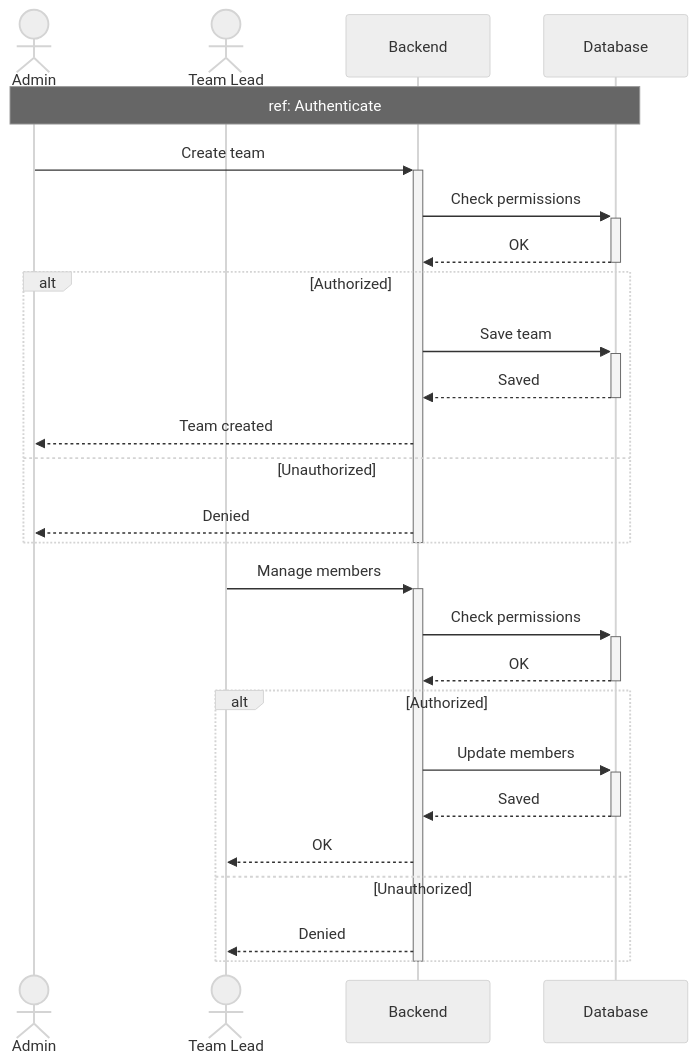
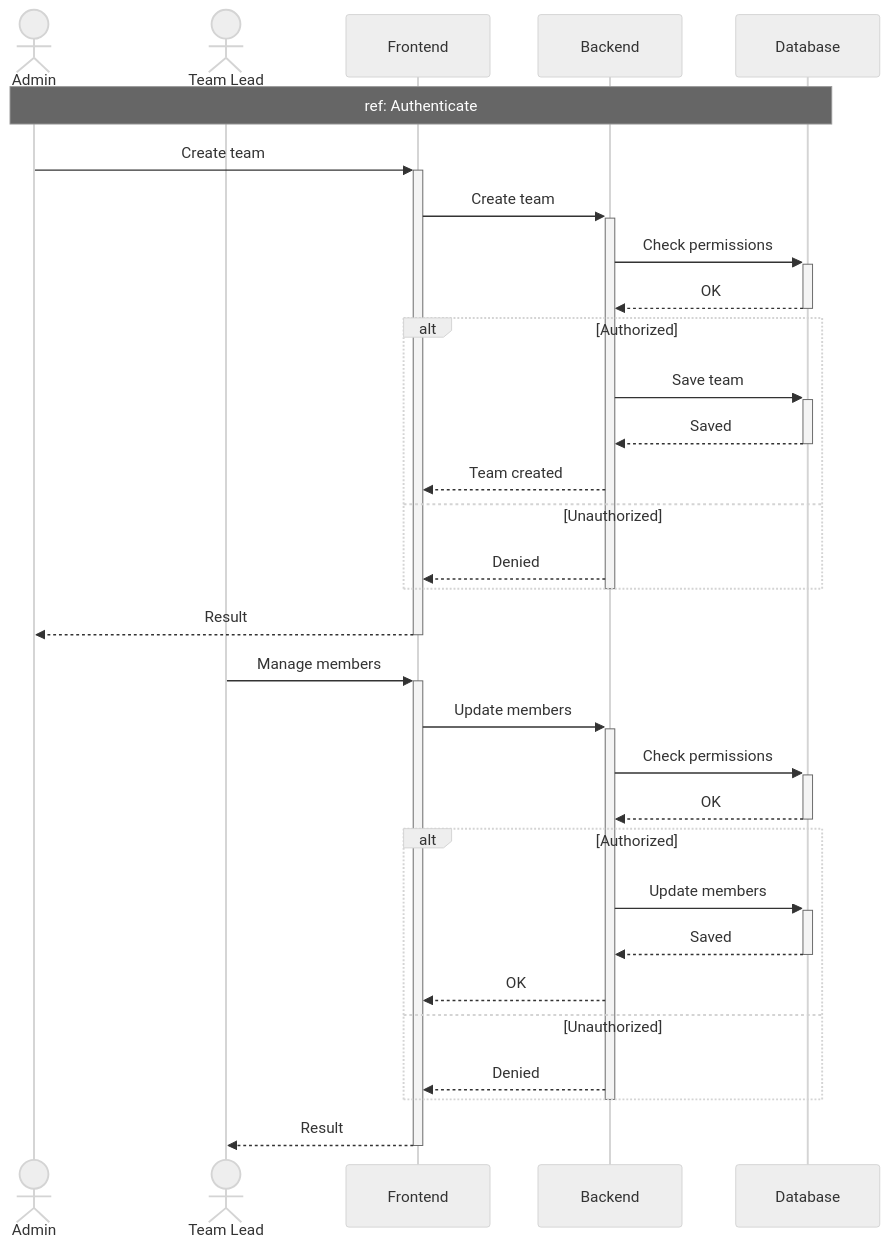
One commit to MohamedChebbi123/teamnest changed the eighth of 16 diagrams in docs/SEQUENCE_DIAGRAMS.md. Above: the diagram before and after it, drawn with Mermaid (neutral theme). The commit also changed other lines of this file, not shown here.

````diff
--- a/docs/SEQUENCE_DIAGRAMS.md
+++ b/docs/SEQUENCE_DIAGRAMS.md
@@ -277,33 +303,38 @@
 ```mermaid
 sequenceDiagram
     actor Admin
     actor Lead as Team Lead
+    participant FE as Frontend
     participant API as Backend
     participant DB as Database
 
     Note over Admin,DB: ref: Authenticate
 
-    Admin->>+API: Create team
+    Admin->>+FE: Create team
+    FE->>+API: Create team
     API->>+DB: Check permissions
     DB-->>-API: OK
     alt Authorized
         API->>+DB: Save team
         DB-->>-API: Saved
-        API-->>Admin: Team created
+        API-->>FE: Team created
     else Unauthorized
-        API-->>Admin: Denied
+        API-->>FE: Denied
     end
     deactivate API
+    FE-->>-Admin: Result
 
-    Lead->>+API: Manage members
+    Lead->>+FE: Manage members
+    FE->>+API: Update members
     API->>+DB: Check permissions
     DB-->>-API: OK
     alt Authorized
         API->>+DB: Update members
         DB-->>-API: Saved
-        API-->>Lead: OK
+        API-->>FE: OK
     else Unauthorized
-        API-->>Lead: Denied
+        API-->>FE: Denied
     end
     deactivate API
+    FE-->>-Lead: Result
 ```
````
